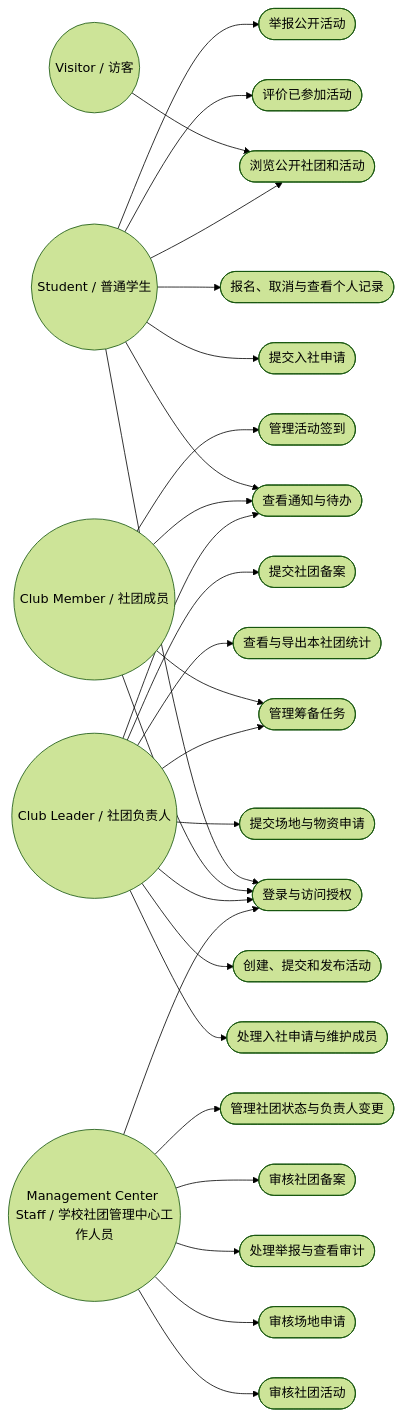
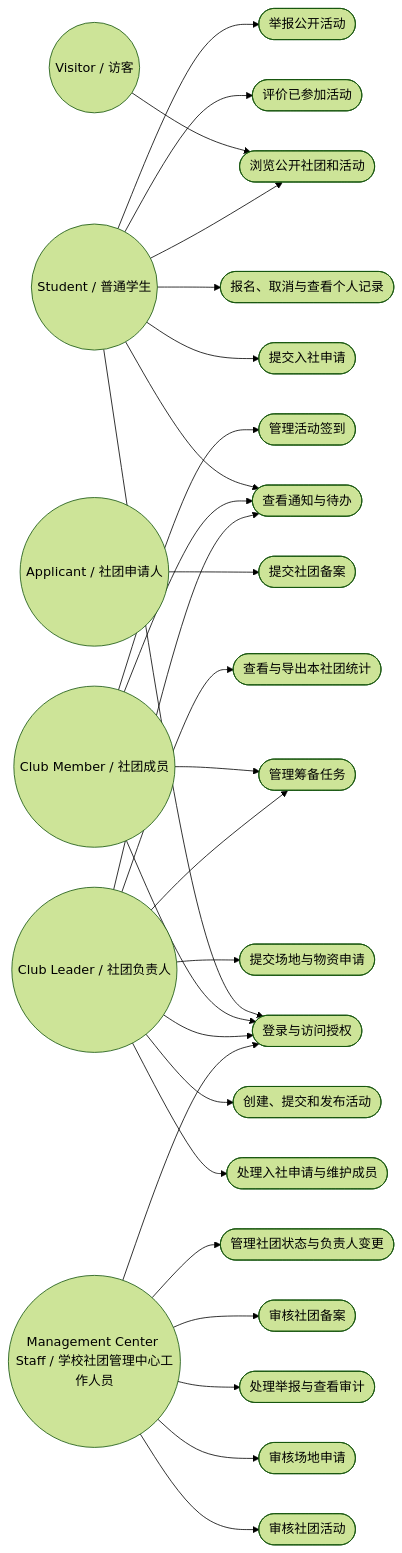
Before and after one commit to A1ester/jnu-software-engineering-2026: the diagram in labs/lab02-requirements/models/use-case-model.md, drawn with Mermaid (forest theme). The commit also changed other lines of this file and 18 other files, not shown here.

````diff
--- a/labs/lab02-requirements/models/use-case-model.md
+++ b/labs/lab02-requirements/models/use-case-model.md
@@ -7,55 +7,56 @@
 ```mermaid
 flowchart LR
     Visitor((Visitor / 访客))
     Student((Student / 普通学生))
+    Applicant((Applicant / 社团申请人))
     Member((Club Member / 社团成员))
     Leader((Club Leader / 社团负责人))
     Staff((Management Center Staff / 学校社团管理中心工作人员))
 
     UC1([浏览公开社团和活动])
     UC2([登录与访问授权])
     UC3([提交入社申请])
     UC4([报名、取消与查看个人记录])
     UC5([评价已参加活动])
     UC6([处理入社申请与维护成员])
     UC7([创建、提交和发布活动])
     UC8([审核社团活动])
     UC9([管理筹备任务])
     UC10([提交场地与物资申请])
     UC11([查看通知与待办])
     UC12([查看与导出本社团统计])
     UC13([举报公开活动])
     UC14([管理活动签到])
     UC15([审核场地申请])
     UC16([处理举报与查看审计])
     UC17([提交社团备案])
     UC18([审核社团备案])
     UC19([管理社团状态与负责人变更])
 
     Visitor --> UC1
     Student --> UC1
     Student --> UC2
     Student --> UC3
     Student --> UC4
     Student --> UC5
     Student --> UC11
     Student --> UC13
     Member --> UC2
     Member --> UC9
     Member --> UC11
     Member --> UC14
     Leader --> UC2
     Leader --> UC6
     Leader --> UC7
     Leader --> UC9
     Leader --> UC10
     Leader --> UC11
     Leader --> UC12
-    Leader --> UC17
+    Applicant --> UC17
     Staff --> UC2
     Staff --> UC8
     Staff --> UC15
     Staff --> UC16
     Staff --> UC18
     Staff --> UC19
 ```
````
